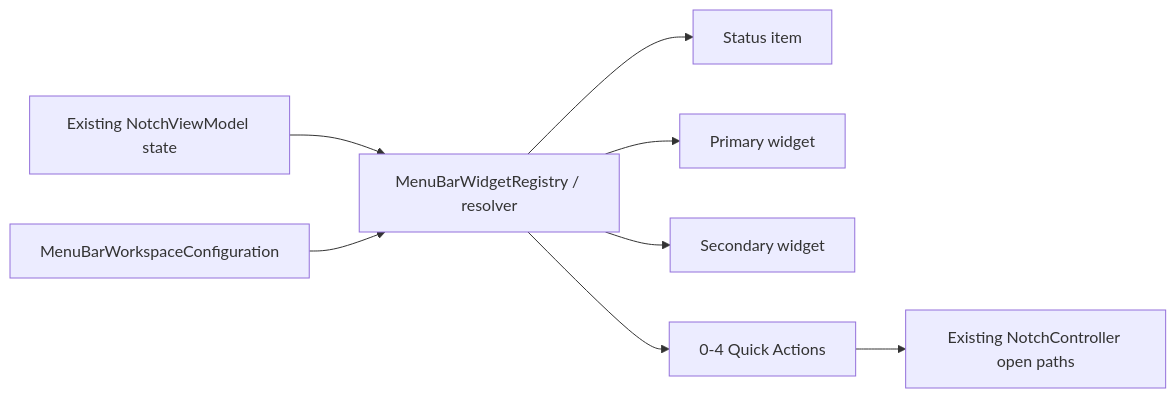
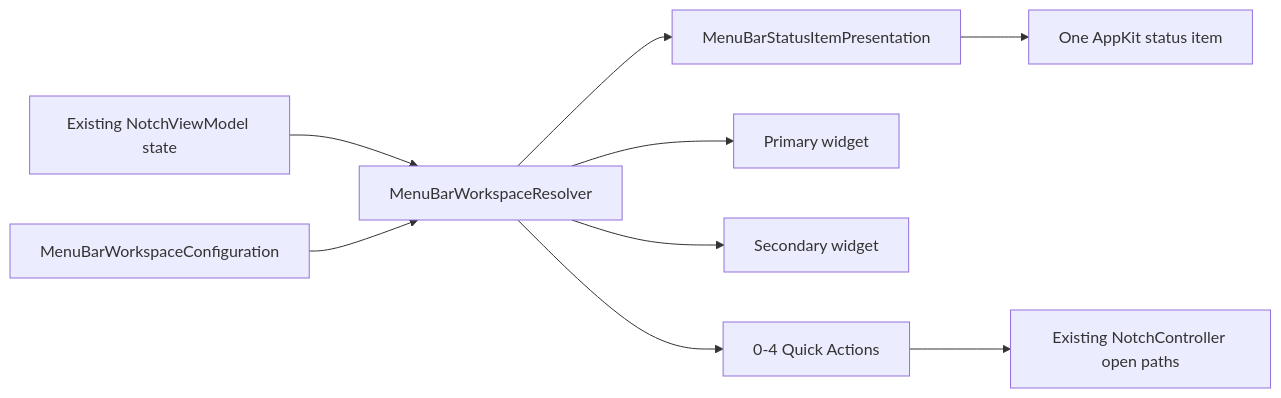
Before and after one commit to TumanovNV/impuls: the diagram in knowledge-base/02-modules/menu-bar.md, drawn with Mermaid. The commit also changed other lines of this file, not shown here.

Commit message:
docs: align Menu Bar contract with 1.4.12

````diff
--- a/knowledge-base/02-modules/menu-bar.md
+++ b/knowledge-base/02-modules/menu-bar.md
@@ -19,10 +19,11 @@
 ```mermaid
 flowchart LR
-    VM[Existing NotchViewModel state] --> REG[MenuBarWidgetRegistry / resolver]
+    VM[Existing NotchViewModel state] --> REG[MenuBarWorkspaceResolver]
     SET[MenuBarWorkspaceConfiguration] --> REG
-    REG --> STATUS[Status item]
+    REG --> PRES[MenuBarStatusItemPresentation]
+    PRES --> STATUS[One AppKit status item]
     REG --> W1[Primary widget]
     REG --> W2[Secondary widget]
     REG --> QA[0-4 Quick Actions]
     QA --> NC[Existing NotchController open paths]
 ```
````
